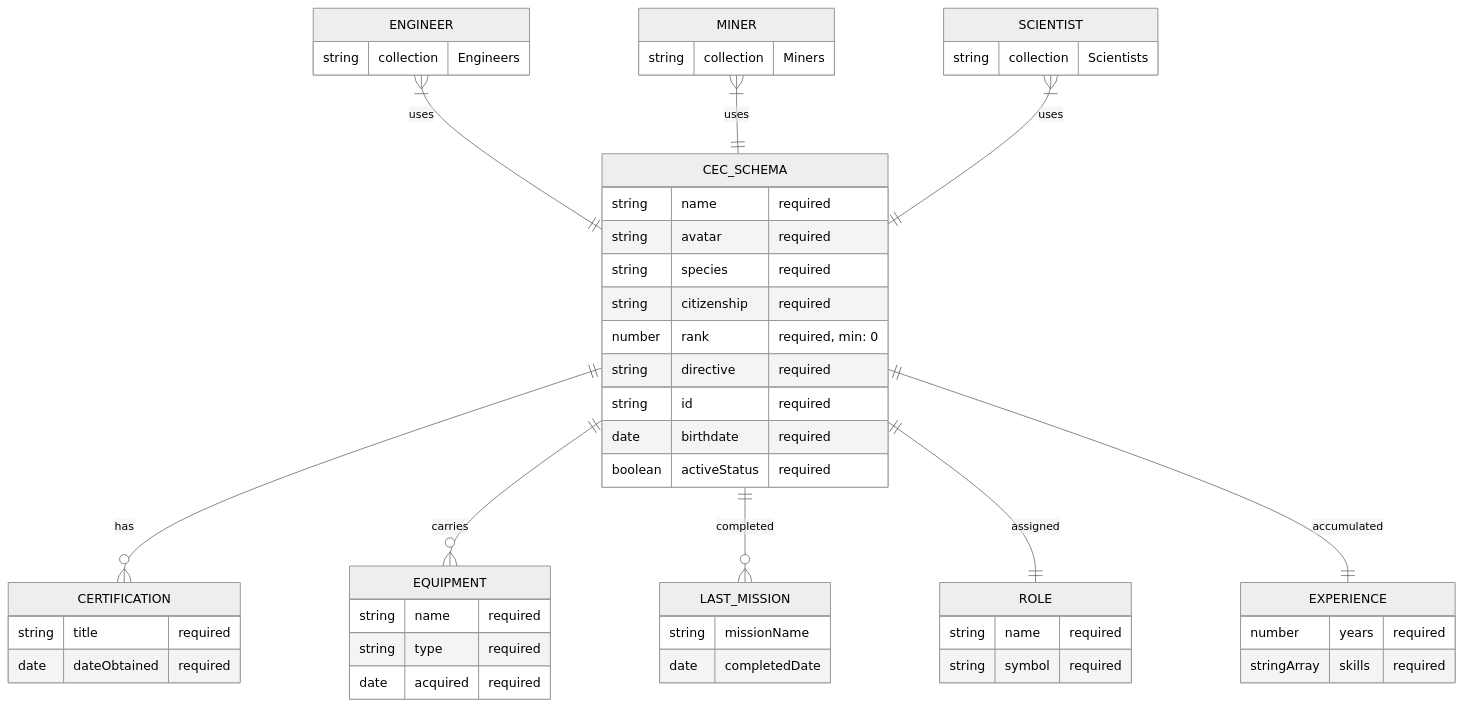
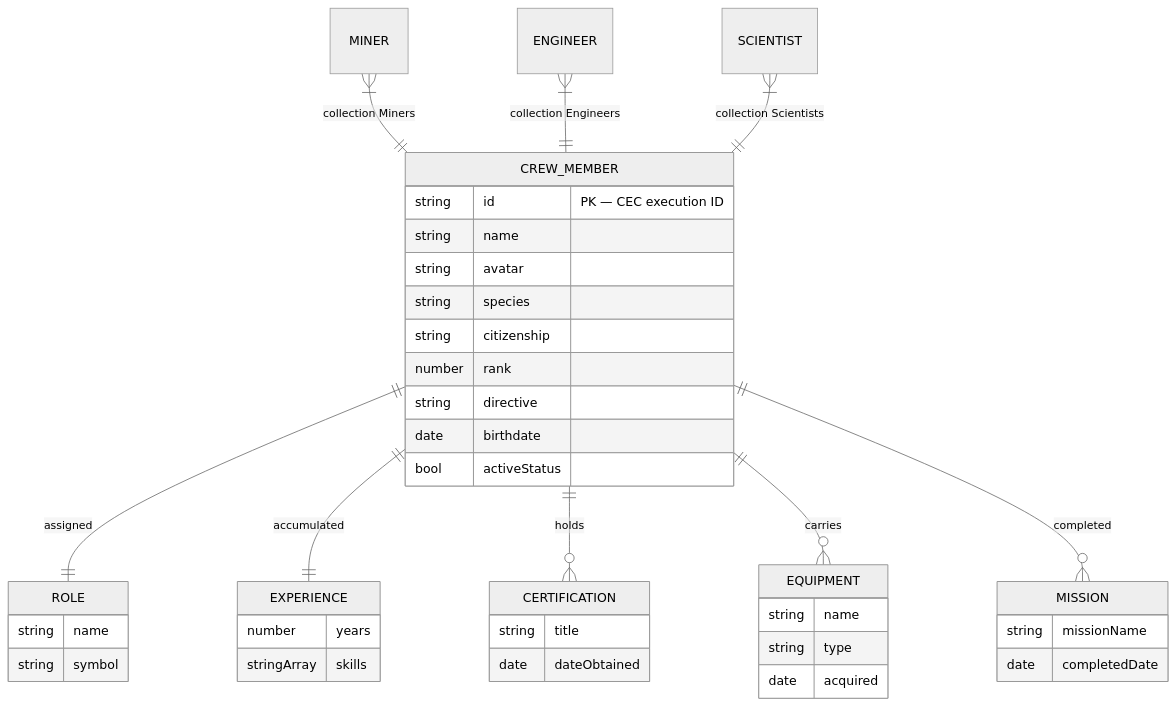
One commit to ChewBaccaYeti/DS_API changed the second of 3 diagrams in README.md. Above: the diagram before and after it, drawn with Mermaid (neutral theme). The commit also changed other lines of this file and 59 other files, not shown here.

Commit message:
Solid re-work for styles, graphs, logic and future scaling

````diff
--- a/README.md
+++ b/README.md
@@ -62,54 +109,29 @@
 ```mermaid
 erDiagram
-    ENGINEER }|--|| CEC_SCHEMA : "uses"
-    MINER }|--|| CEC_SCHEMA : "uses"
-    SCIENTIST }|--|| CEC_SCHEMA : "uses"
+    CREW_MEMBER ||--|| ROLE : "assigned"
+    CREW_MEMBER ||--|| EXPERIENCE : "accumulated"
+    CREW_MEMBER ||--o{ CERTIFICATION : "holds"
+    CREW_MEMBER ||--o{ EQUIPMENT : "carries"
+    CREW_MEMBER ||--o{ MISSION : "completed"
 
-    CEC_SCHEMA ||--o{ CERTIFICATION : "has"
-    CEC_SCHEMA ||--o{ EQUIPMENT : "carries"
-    CEC_SCHEMA ||--o{ LAST_MISSION : "completed"
-    CEC_SCHEMA ||--|| ROLE : "assigned"
-    CEC_SCHEMA ||--|| EXPERIENCE : "accumulated"
+    MINER  }|--|| CREW_MEMBER : "collection Miners"
+    ENGINEER }|--|| CREW_MEMBER : "collection Engineers"
+    SCIENTIST }|--|| CREW_MEMBER : "collection Scientists"
 
-    CEC_SCHEMA {
-        string name "required"
-        string avatar "required"
-        string species "required"
-        string citizenship "required"
-        number rank "required, min: 0"
-        string directive "required"
-        string id "required"
-        date birthdate "required"
-        boolean activeStatus "required"
+    CREW_MEMBER {
+        string id            "PK — CEC execution ID"
+        string name
+        string avatar
+        string species
+        string citizenship
+        number rank
+        string directive
+        date   birthdate
+        bool   activeStatus
     }
-    ROLE {
-        string name "required"
-        string symbol "required"
-    }
-    EXPERIENCE {
-        number years "required"
-        stringArray skills "required"
-    }
-    CERTIFICATION {
-        string title "required"
-        date dateObtained "required"
-    }
-    EQUIPMENT {
-        string name "required"
-        string type "required"
-        date acquired "required"
-    }
-    LAST_MISSION {
-        string missionName
-        date completedDate
-    }
-    ENGINEER {
-        string collection "Engineers"
-    }
-    MINER {
-        string collection "Miners"
-    }
-    SCIENTIST {
-        string collection "Scientists"
-    }
+    ROLE          { string name  string symbol }
+    EXPERIENCE    { number years stringArray skills }
+    CERTIFICATION { string title date dateObtained }
+    EQUIPMENT     { string name  string type date acquired }
+    MISSION       { string missionName date completedDate }
 ```
````
